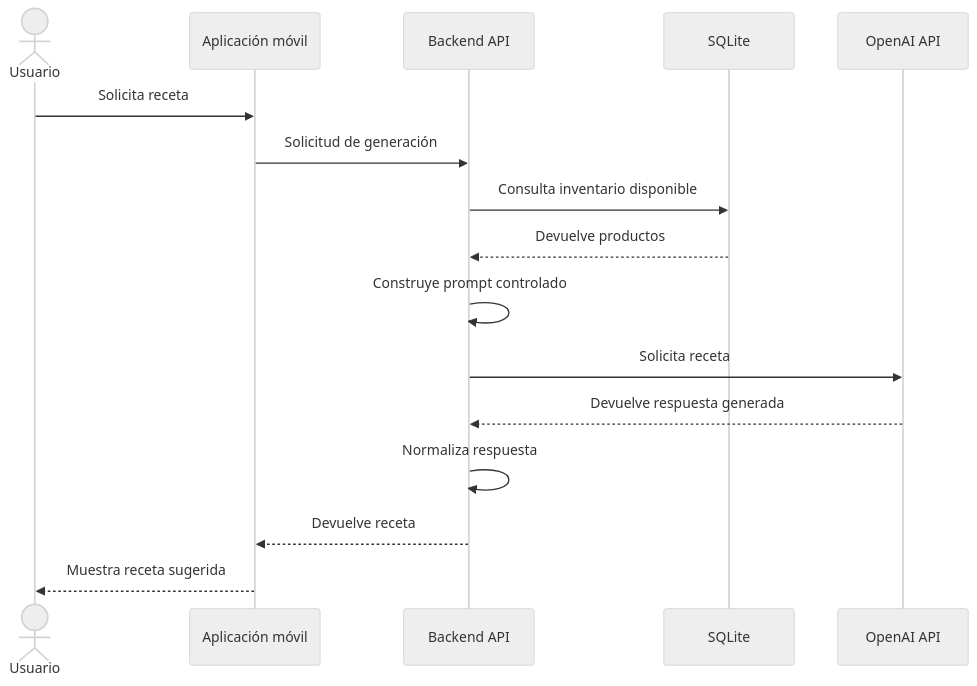
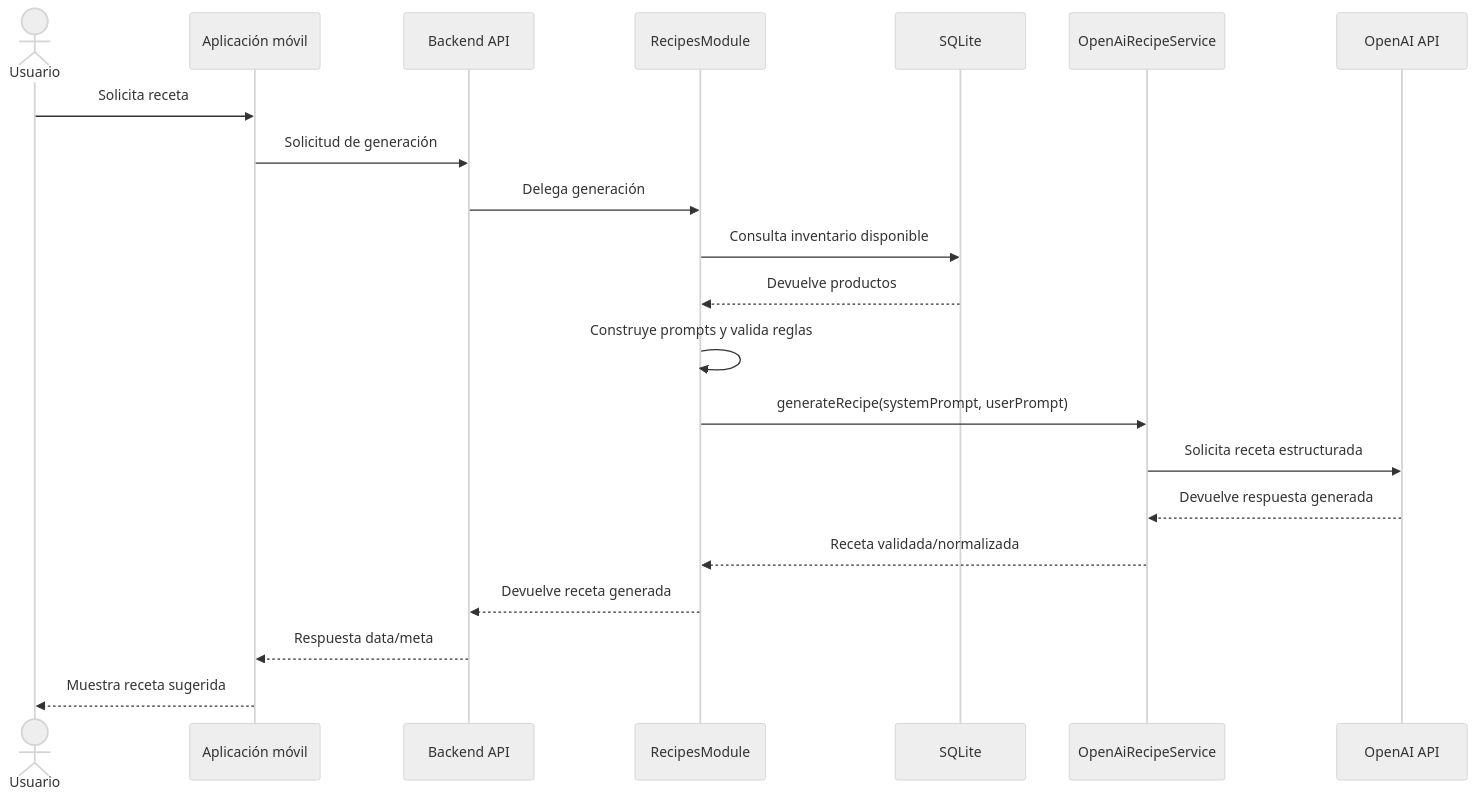
Before and after one commit to Fer-UNIR/tfm: the fourth of 4 diagrams in docs/architecture.md, drawn with Mermaid (neutral theme). The commit also changed other lines of this file and 23 other files, not shown here.

Commit message:
feat(recipes): implement AI recipe generation with OpenAI

````diff
--- a/docs/architecture.md
+++ b/docs/architecture.md
@@ -237,19 +261,24 @@
 ```mermaid
 sequenceDiagram
     actor Usuario
     participant Mobile as Aplicación móvil
     participant API as Backend API
+    participant Recipes as RecipesModule
     participant DB as SQLite
+    participant OpenAiSvc as OpenAiRecipeService
     participant OpenAI as OpenAI API
 
     Usuario->>Mobile: Solicita receta
     Mobile->>API: Solicitud de generación
-    API->>DB: Consulta inventario disponible
-    DB-->>API: Devuelve productos
-    API->>API: Construye prompt controlado
-    API->>OpenAI: Solicita receta
-    OpenAI-->>API: Devuelve respuesta generada
-    API->>API: Normaliza respuesta
-    API-->>Mobile: Devuelve receta
+    API->>Recipes: Delega generación
+    Recipes->>DB: Consulta inventario disponible
+    DB-->>Recipes: Devuelve productos
+    Recipes->>Recipes: Construye prompts y valida reglas
+    Recipes->>OpenAiSvc: generateRecipe(systemPrompt, userPrompt)
+    OpenAiSvc->>OpenAI: Solicita receta estructurada
+    OpenAI-->>OpenAiSvc: Devuelve respuesta generada
+    OpenAiSvc-->>Recipes: Receta validada/normalizada
+    Recipes-->>API: Devuelve receta generada
+    API-->>Mobile: Respuesta data/meta
     Mobile-->>Usuario: Muestra receta sugerida
 ```
````
